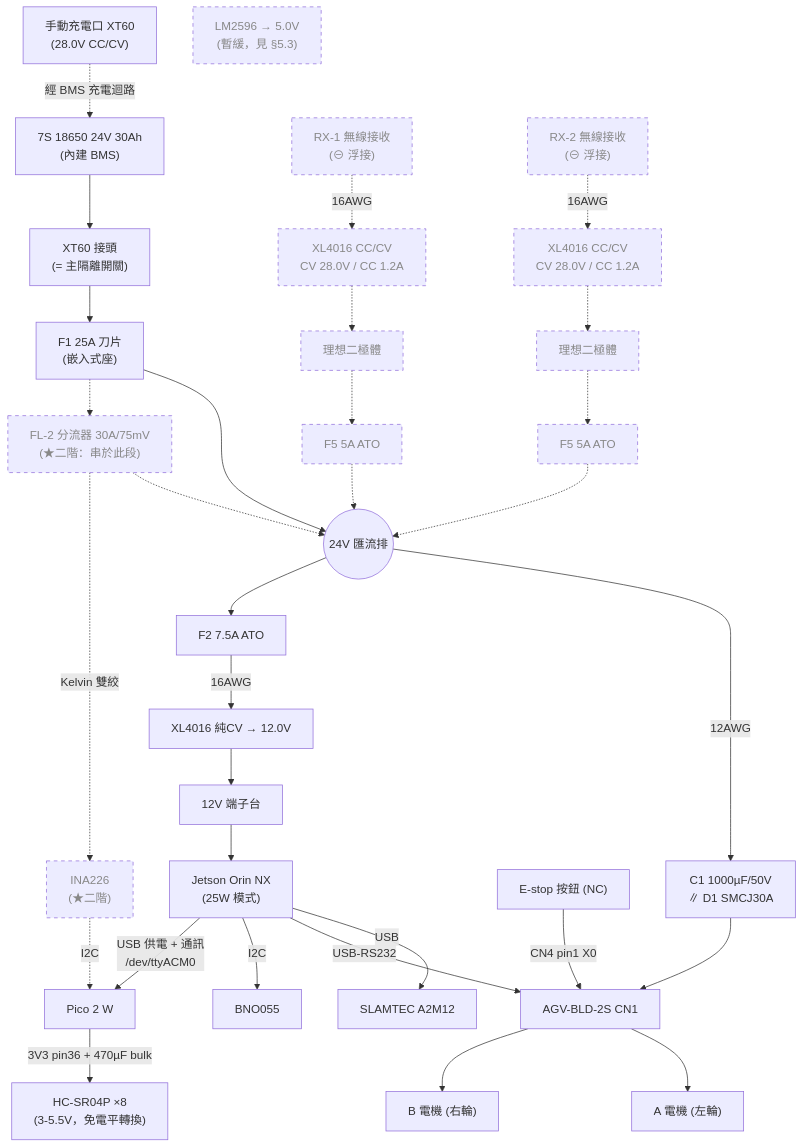
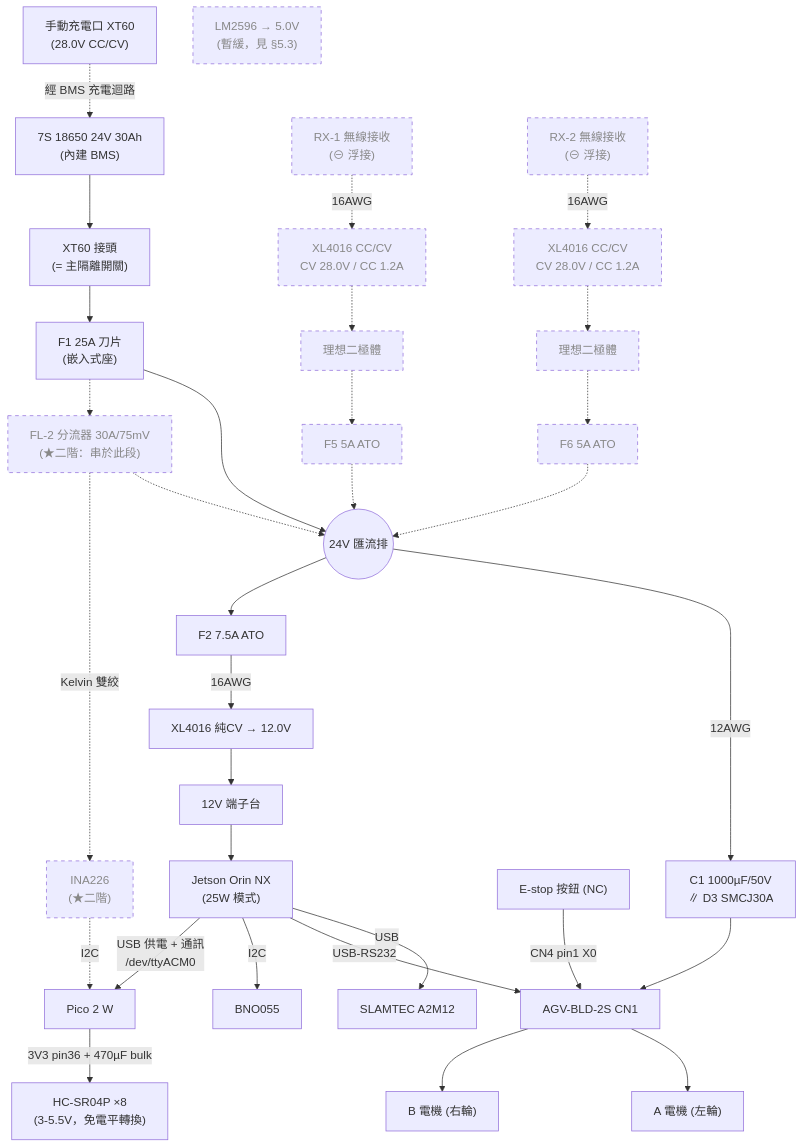
One commit to liang0929/delivery_robot changed the first of 2 diagrams in docs/power_design.md. Above: the diagram before and after it, drawn with Mermaid. The commit also changed other lines of this file, not shown here.

````diff
--- a/docs/power_design.md
+++ b/docs/power_design.md
@@ -114,40 +114,40 @@
 ```mermaid
 flowchart TD
     BAT["7S 18650 24V 30Ah<br/>(內建 BMS)"] --> XT["XT60 接頭<br/>(= 主隔離開關)"]
     CHG["手動充電口 XT60<br/>(28.0V CC/CV)"] -.->|"經 BMS 充電迴路"| BAT
     XT --> F1["F1 25A 刀片<br/>(嵌入式座)"]
     F1 --> BUS(("24V 匯流排"))
 
     F1 -.-> SHUNT["FL-2 分流器 30A/75mV<br/>(★二階：串於此段)"]
     SHUNT -.-> BUS
     SHUNT -.->|"Kelvin 雙絞"| INA["INA226<br/>(★二階)"]
     INA -.->|"I2C"| PICO["Pico 2 W"]
 
-    BUS -->|"12AWG"| SNUB["C1 1000µF/50V<br/>∥ D1 SMCJ30A"]
+    BUS -->|"12AWG"| SNUB["C1 1000µF/50V<br/>∥ D3 SMCJ30A"]
     SNUB --> DRV["AGV-BLD-2S CN1"]
     DRV --> MA["A 電機 (左輪)"]
     DRV --> MB["B 電機 (右輪)"]
     ESTOP["E-stop 按鈕 (NC)"] -->|"CN4 pin1 X0"| DRV
 
     BUS --> F2["F2 7.5A ATO"]
     F2 -->|"16AWG"| DC12["XL4016 純CV → 12.0V"]
     DC12 --> TB12["12V 端子台"] --> JET["Jetson Orin NX<br/>(25W 模式)"]
     JET -->|"USB"| LIDAR["SLAMTEC A2M12"]
     JET -->|"USB-RS232"| DRV
     JET -->|"I2C"| IMU["BNO055"]
     JET -->|"USB 供電 + 通訊<br/>/dev/ttyACM0"| PICO
     PICO -->|"3V3 pin36 + 470µF bulk"| SONAR["HC-SR04P ×8<br/>(3-5.5V，免電平轉換)"]
     DC5["LM2596 → 5.0V<br/>(暫緩，見 §5.3)"]
 
     RX1["RX-1 無線接收<br/>(⊖ 浮接)"] -.->|"16AWG"| BK1["XL4016 CC/CV<br/>CV 28.0V / CC 1.2A"]
     BK1 -.-> ID1["理想二極體"]
     ID1 -.-> F5A["F5 5A ATO"]
     F5A -.-> BUS
     RX2["RX-2 無線接收<br/>(⊖ 浮接)"] -.->|"16AWG"| BK2["XL4016 CC/CV<br/>CV 28.0V / CC 1.2A"]
     BK2 -.-> ID2["理想二極體"]
-    ID2 -.-> F5B["F5 5A ATO"]
+    ID2 -.-> F5B["F6 5A ATO"]
     F5B -.-> BUS
 
     classDef deferred stroke-dasharray: 5 5,color:#888
     class DC5,SHUNT,INA,RX1,RX2,BK1,BK2,ID1,ID2,F5A,F5B deferred
 ```
````
